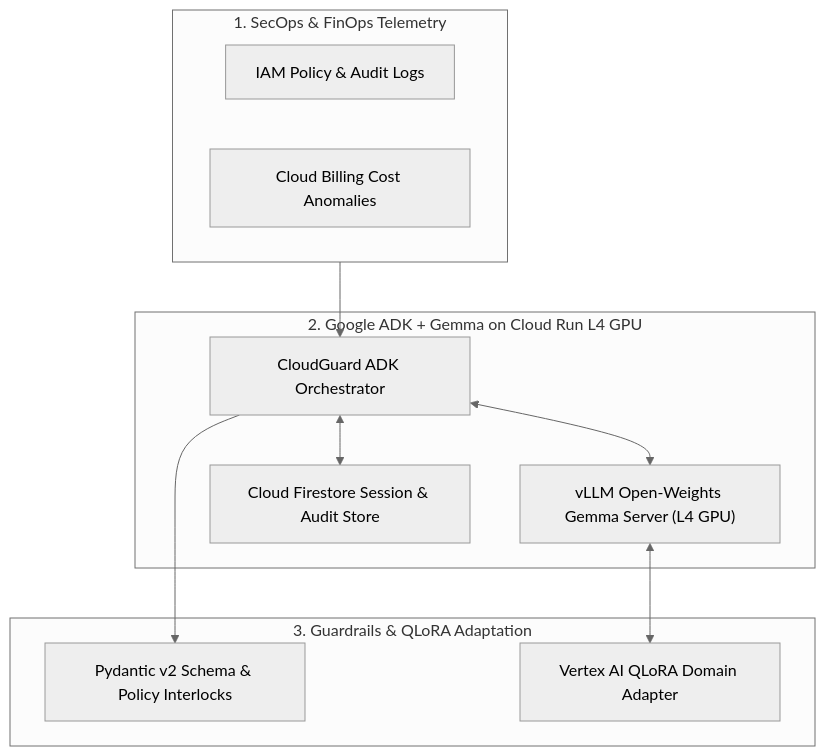
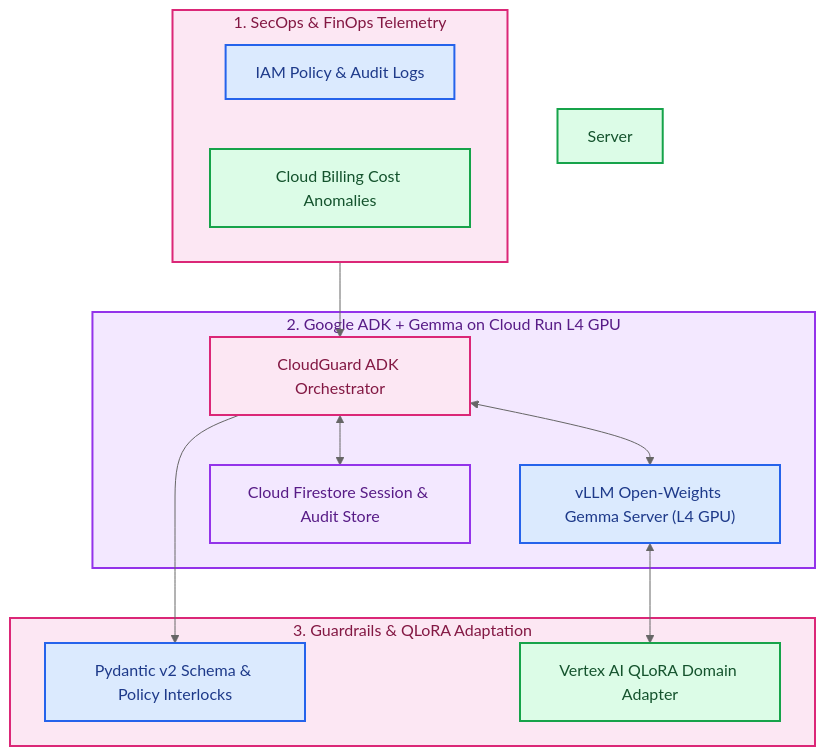
Before and after one commit to RobinaMirbahar/cloudguard-gemma-agent: the diagram in README.md, drawn with Mermaid (neutral theme). The commit also changed other lines of this file, not shown here.

Commit message:
docs: add 3-line Author & Companion Publication header, color-coded Mermaid diagram, and remove repetitive footer

````diff
--- a/README.md
+++ b/README.md
@@ -23,21 +24,32 @@
 ```mermaid
 flowchart TD
     subgraph Ingest ["1. SecOps & FinOps Telemetry"]
         I_IAM["IAM Policy & Audit Logs"]
         I_Bill["Cloud Billing Cost Anomalies"]
     end
     subgraph Agent ["2. Google ADK + Gemma on Cloud Run L4 GPU"]
         A_ADK["CloudGuard ADK Orchestrator"]
         A_vLLM["vLLM Open-Weights Gemma Server (L4 GPU)"]
         A_FS["Cloud Firestore Session & Audit Store"]
     end
     subgraph Safety ["3. Guardrails & QLoRA Adaptation"]
         S_Pyd["Pydantic v2 Schema & Policy Interlocks"]
         S_LoRA["Vertex AI QLoRA Domain Adapter"]
     end
     Ingest --> A_ADK
     A_ADK <--> A_vLLM
     A_ADK <--> A_FS
     A_vLLM <--> S_LoRA
     A_ADK --> S_Pyd
+    style Ingest fill:#fce7f3,stroke:#db2777,stroke-width:2px,color:#831843
+    style I_IAM fill:#dbeafe,stroke:#2563eb,stroke-width:2px,color:#1e3a8a
+    style I_Bill fill:#dcfce7,stroke:#16a34a,stroke-width:2px,color:#14532d
+    style Agent fill:#f3e8ff,stroke:#9333ea,stroke-width:2px,color:#581c87
+    style A_ADK fill:#fce7f3,stroke:#db2777,stroke-width:2px,color:#831843
+    style A_vLLM fill:#dbeafe,stroke:#2563eb,stroke-width:2px,color:#1e3a8a
+    style Server fill:#dcfce7,stroke:#16a34a,stroke-width:2px,color:#14532d
+    style A_FS fill:#f3e8ff,stroke:#9333ea,stroke-width:2px,color:#581c87
+    style Safety fill:#fce7f3,stroke:#db2777,stroke-width:2px,color:#831843
+    style S_Pyd fill:#dbeafe,stroke:#2563eb,stroke-width:2px,color:#1e3a8a
+    style S_LoRA fill:#dcfce7,stroke:#16a34a,stroke-width:2px,color:#14532d
 ```
````
